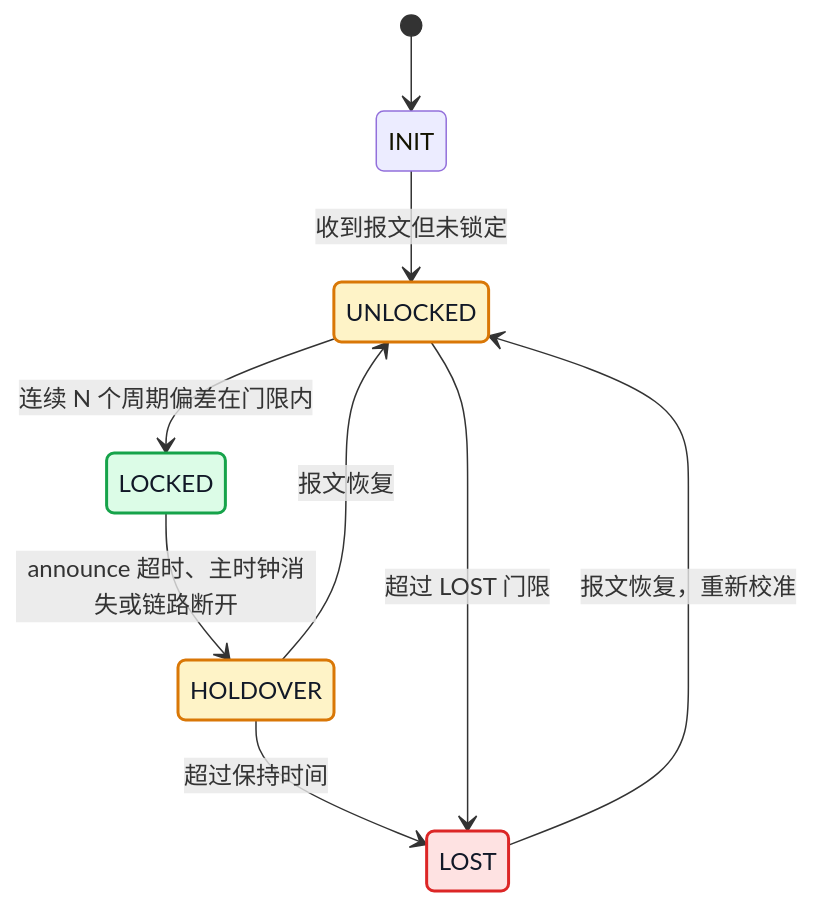
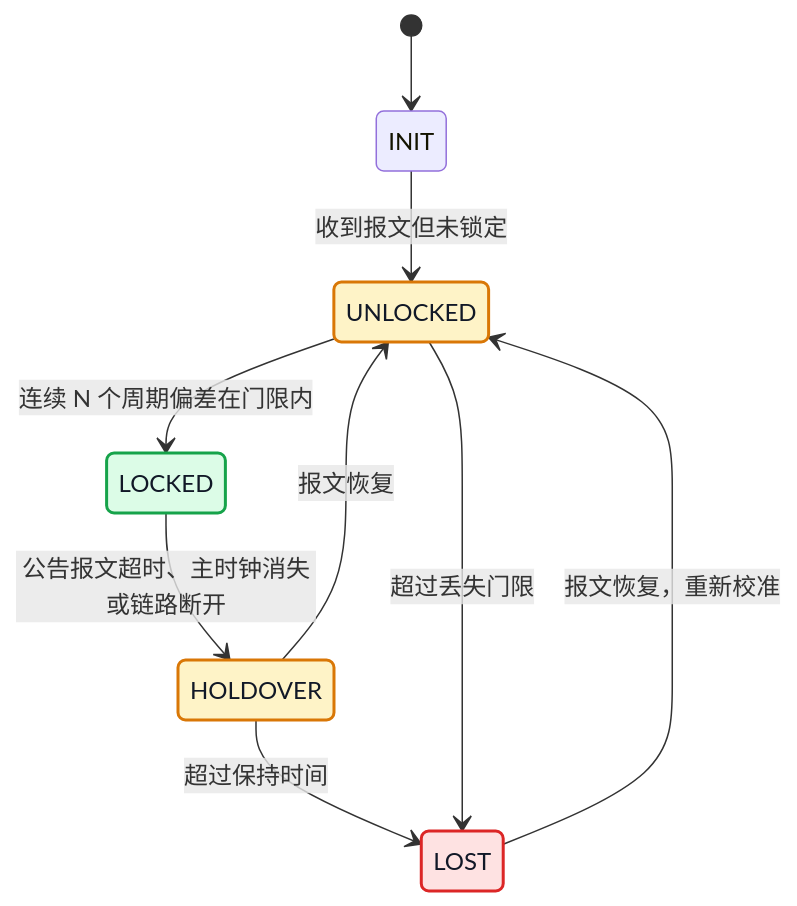
The fourth of 5 diagrams in content/posts/architecture/ptp_network_module_design.md (DeguiLiu/tech-notes), drawn with Mermaid before and after one commit. The commit also changed other lines of this file, not shown here.

````diff
--- a/content/posts/architecture/ptp_network_module_design.md
+++ b/content/posts/architecture/ptp_network_module_design.md
@@ -460,18 +464,18 @@
 ```mermaid
 stateDiagram-v2
     [*] --> INIT
     INIT --> UNLOCKED: 收到报文但未锁定
     UNLOCKED --> LOCKED: 连续 N 个周期偏差在门限内
-    LOCKED --> HOLDOVER: announce 超时、主时钟消失或链路断开
+    LOCKED --> HOLDOVER: 公告报文超时、主时钟消失或链路断开
     HOLDOVER --> UNLOCKED: 报文恢复
     HOLDOVER --> LOST: 超过保持时间
-    UNLOCKED --> LOST: 超过 LOST 门限
+    UNLOCKED --> LOST: 超过丢失门限
     LOST --> UNLOCKED: 报文恢复，重新校准
 
     classDef good fill:#dcfce7,stroke:#16a34a,stroke-width:2px,color:#111827
     classDef warn fill:#fef3c7,stroke:#d97706,stroke-width:2px,color:#111827
     classDef bad fill:#fee2e2,stroke:#dc2626,stroke-width:2px,color:#111827
     class LOCKED good
     class HOLDOVER,UNLOCKED warn
     class LOST bad
 ```
````
